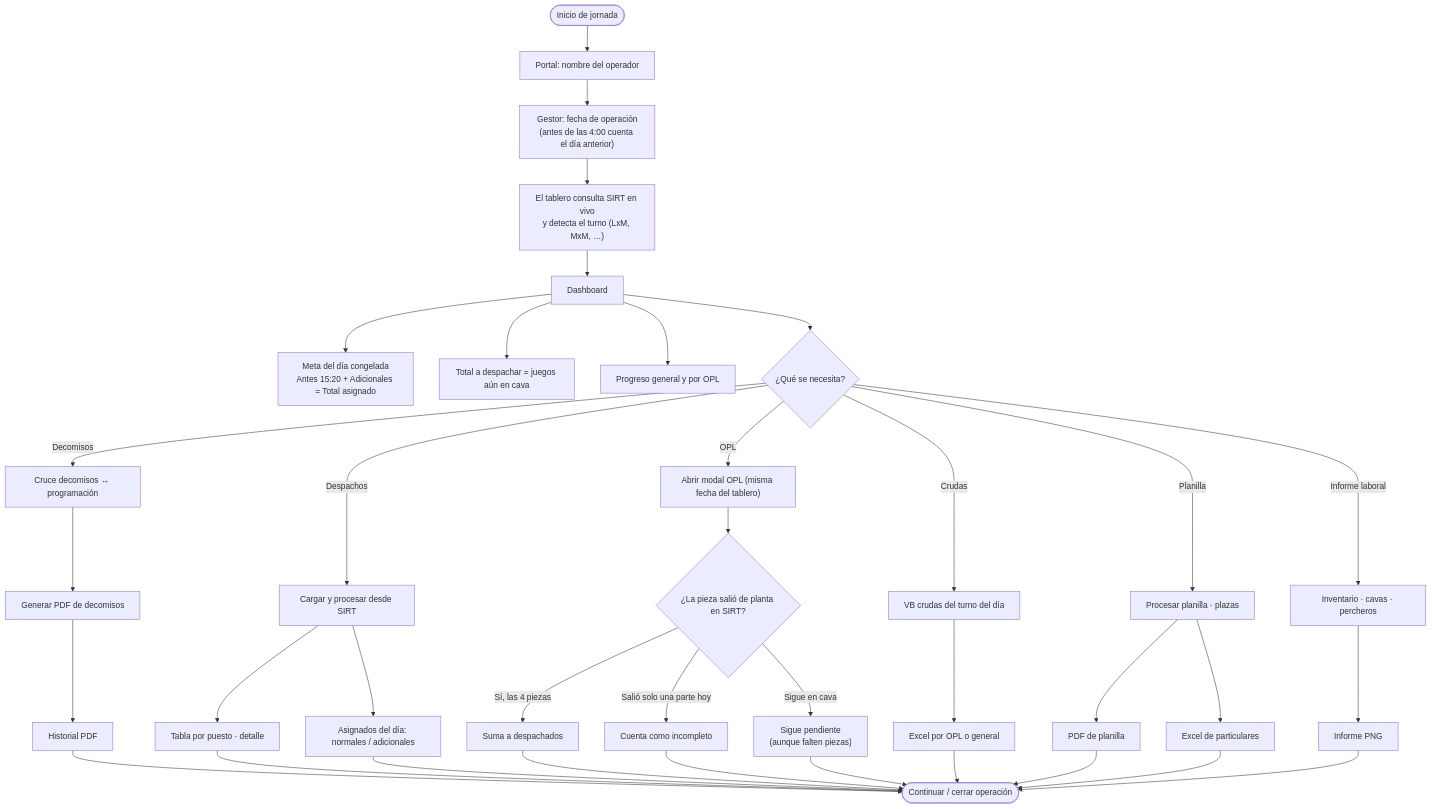
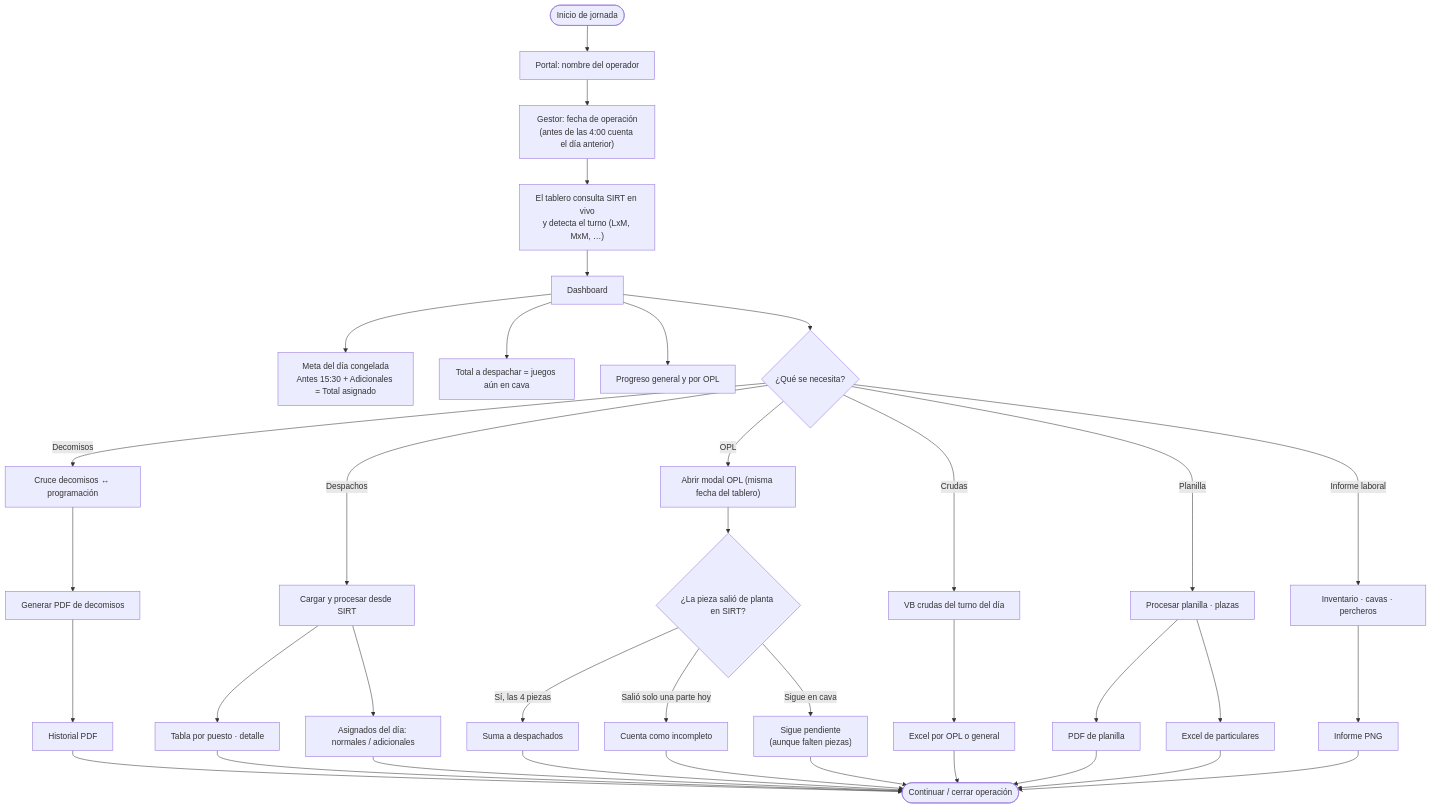
Before and after one commit to desarrollotecnologia/Colbeef-_Gestor-de-V-sceras: the diagram in docs/diagrams/04-flujo-operativo.md, drawn with Mermaid. The commit also changed 24 other files, not shown here.

````diff
--- a/docs/diagrams/04-flujo-operativo.md
+++ b/docs/diagrams/04-flujo-operativo.md
@@ -7,48 +7,48 @@
 ```mermaid
 flowchart TD
   A([Inicio de jornada]) --> B["Portal: nombre del operador"]
   B --> C["Gestor: fecha de operación<br/>(antes de las 4:00 cuenta el día anterior)"]
   C --> D["El tablero consulta SIRT en vivo<br/>y detecta el turno (LxM, MxM, …)"]
 
   D --> E["Dashboard"]
-  E --> E1["Meta del día congelada<br/>Antes 15:20 + Adicionales = Total asignado"]
+  E --> E1["Meta del día congelada<br/>Antes 15:30 + Adicionales = Total asignado"]
   E --> E2["Total a despachar = juegos aún en cava"]
   E --> E3["Progreso general y por OPL"]
 
   E --> F{"¿Qué se necesita?"}
 
   F -->|Decomisos| G["Cruce decomisos ↔ programación"]
   G --> G1["Generar PDF de decomisos"]
   G1 --> N["Historial PDF"]
 
   F -->|Despachos| H["Cargar y procesar desde SIRT"]
   H --> H1["Tabla por puesto · detalle"]
   H --> H2["Asignados del día: normales / adicionales"]
 
   F -->|OPL| I["Abrir modal OPL (misma fecha del tablero)"]
   I --> I1{"¿La pieza salió de planta en SIRT?"}
   I1 -->|"Sí, las 4 piezas"| I2["Suma a despachados"]
   I1 -->|"Salió solo una parte hoy"| I3["Cuenta como incompleto"]
   I1 -->|"Sigue en cava"| I4["Sigue pendiente<br/>(aunque falten piezas)"]
 
   F -->|Crudas| J["VB crudas del turno del día"]
   J --> J1["Excel por OPL o general"]
 
   F -->|Planilla| K["Procesar planilla · plazas"]
   K --> K1["PDF de planilla"]
   K --> K2["Excel de particulares"]
 
   F -->|"Informe laboral"| L["Inventario · cavas · percheros"]
   L --> L1["Informe PNG"]
 
   N --> O([Continuar / cerrar operación])
   H1 --> O
   H2 --> O
   I2 --> O
   I3 --> O
   I4 --> O
   J1 --> O
   K1 --> O
   K2 --> O
   L1 --> O
 ```
````
